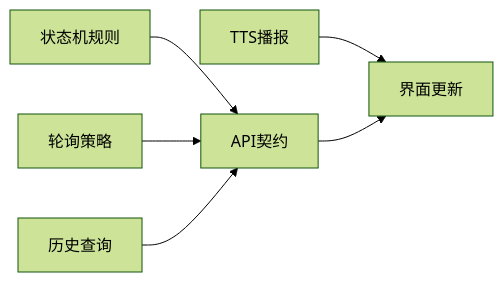
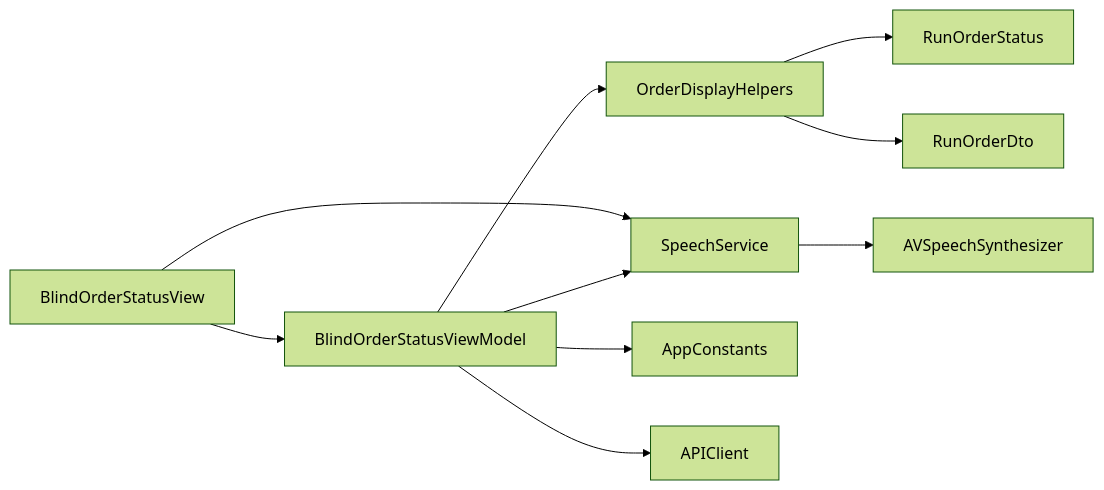
The fourth of 4 diagrams in .qoder/repowiki/zh/content/核心功能模块/盲人跑者功能/订单状态跟踪.md (Jayden23018/blind-run-ios), drawn with Mermaid (forest theme) before and after one commit. The commit also changed other lines of this file and 14 other files, not shown here.

Commit message:
Improve blind runner booking map and speech input flows

````diff
--- a/.qoder/repowiki/zh/content/核心功能模块/盲人跑者功能/订单状态跟踪.md
+++ b/.qoder/repowiki/zh/content/核心功能模块/盲人跑者功能/订单状态跟踪.md
@@ -258,8 +217,12 @@
 ```mermaid
 graph LR
-SM["状态机规则"] --> API["API契约"]
-POLL["轮询策略"] --> API
-TTS["TTS播报"] --> UI["界面更新"]
-API --> UI
-HIST["历史查询"] --> API
+ODH["OrderDisplayHelpers"] --> RMS["RunOrderStatus"]
+ODH --> RDM["RunOrderDto"]
+BOSV["BlindOrderStatusView"] --> BOSVM["BlindOrderStatusViewModel"]
+BOSVM --> ODH
+BOSVM --> SS["SpeechService"]
+BOSVM --> AC["AppConstants"]
+SS --> AVS["AVSpeechSynthesizer"]
+BOSVM --> API["APIClient"]
+BOSV --> SS
 ```
````
